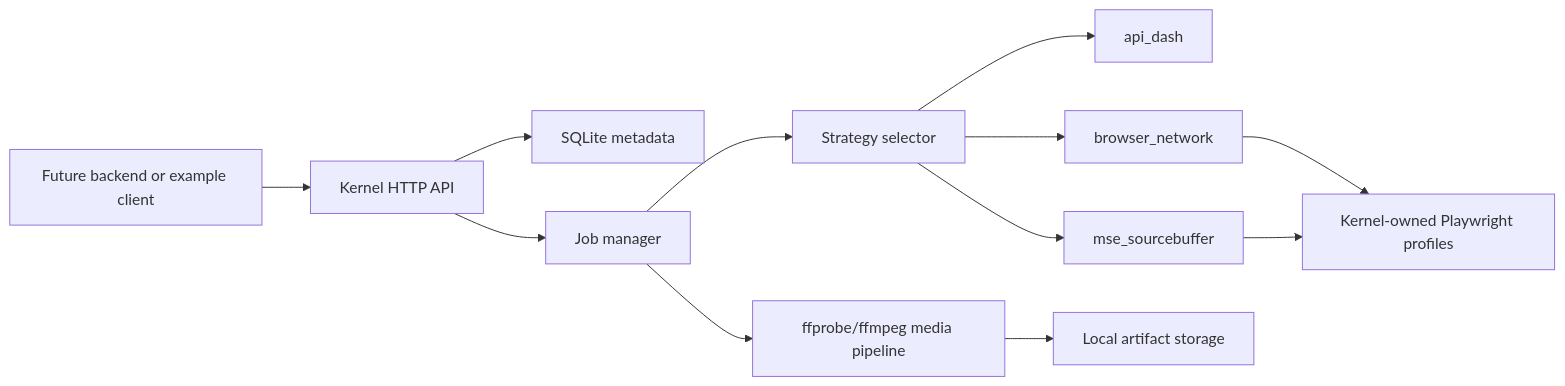
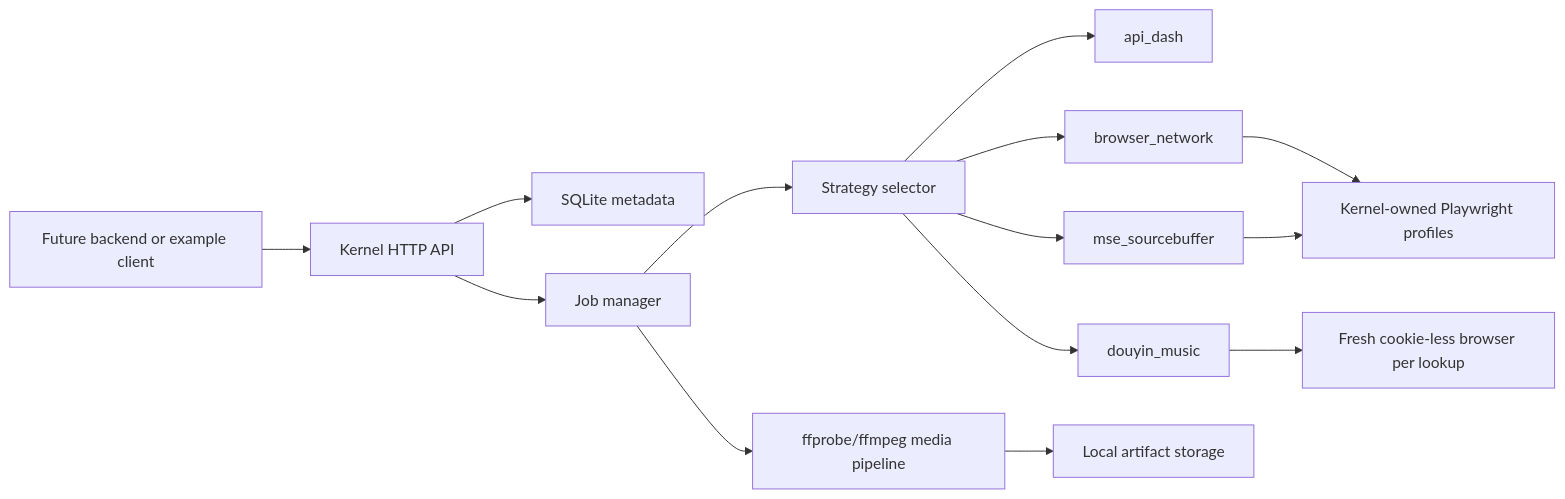
The diagram in kernel/docs/ARCHITECTURE.md (ftweg2/b-music), drawn with Mermaid before and after one commit. The commit also changed other lines of this file and 136 other files, not shown here.

````diff
--- a/kernel/docs/ARCHITECTURE.md
+++ b/kernel/docs/ARCHITECTURE.md
@@ -5,14 +5,16 @@
 ```mermaid
 flowchart LR
     Client["Future backend or example client"] --> API["Kernel HTTP API"]
     API --> SQLite["SQLite metadata"]
     API --> Jobs["Job manager"]
     Jobs --> Selector["Strategy selector"]
     Selector --> ApiDash["api_dash"]
     Selector --> BrowserNetwork["browser_network"]
     Selector --> MSE["mse_sourcebuffer"]
+    Selector --> Douyin["douyin_music"]
     BrowserNetwork --> Profiles["Kernel-owned Playwright profiles"]
     MSE --> Profiles
+    Douyin --> Ephemeral["Fresh cookie-less browser per lookup"]
     Jobs --> Media["ffprobe/ffmpeg media pipeline"]
     Media --> Artifacts["Local artifact storage"]
 ```
````
